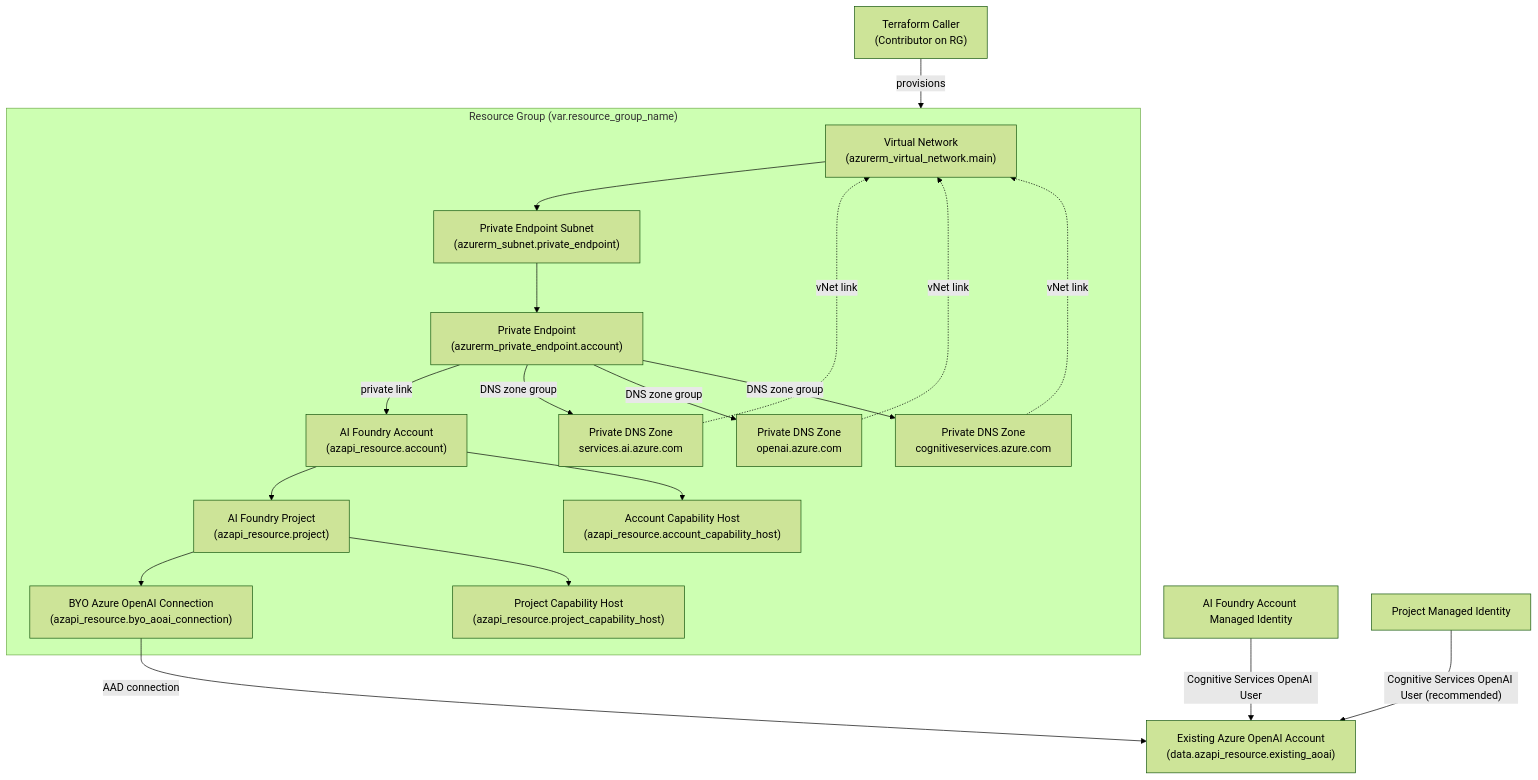
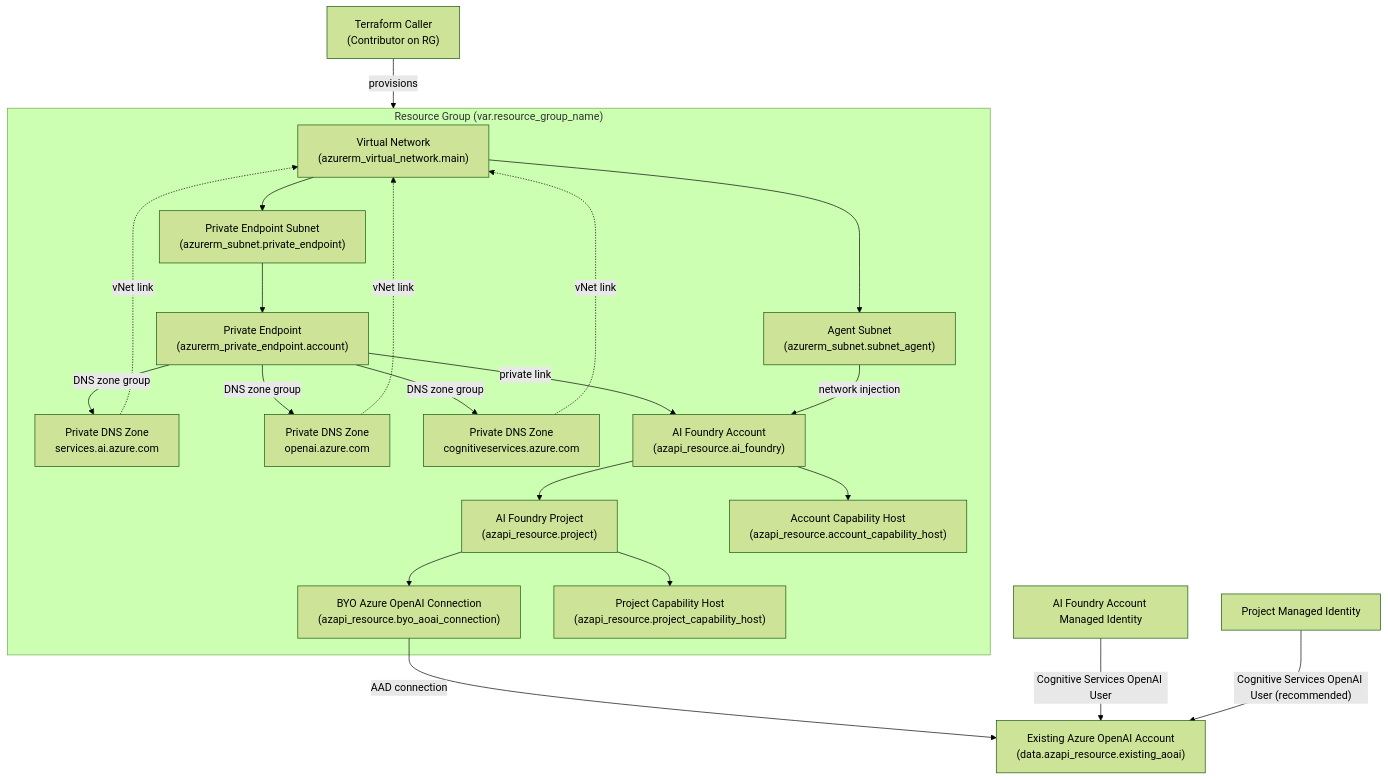
One commit to jakeatmsft/ai-foundry-craftkit changed the diagram in Administration/Deployment_Configs/BYO_AOAI_wPrivate_Networking/terraform/README.md. Above: the diagram before and after it, drawn with Mermaid (forest theme). The commit also changed 26 other files, not shown here.

````diff
--- a/Administration/Deployment_Configs/BYO_AOAI_wPrivate_Networking/terraform/README.md
+++ b/Administration/Deployment_Configs/BYO_AOAI_wPrivate_Networking/terraform/README.md
@@ -43,38 +43,41 @@
 ```mermaid
 graph TD
     TerraformCaller["Terraform Caller\n(Contributor on RG)"]
     ExistingAOAI["Existing Azure OpenAI Account\n(data.azapi_resource.existing_aoai)"]
 
     subgraph RG["Resource Group (var.resource_group_name)"]
         VNet["Virtual Network\n(azurerm_virtual_network.main)"]
         Subnet["Private Endpoint Subnet\n(azurerm_subnet.private_endpoint)"]
+        AgentSubnet["Agent Subnet\n(azurerm_subnet.subnet_agent)"]
         PE["Private Endpoint\n(azurerm_private_endpoint.account)"]
         DNSAIServices["Private DNS Zone\nservices.ai.azure.com"]
         DNSOpenAI["Private DNS Zone\nopenai.azure.com"]
         DNSCog["Private DNS Zone\ncognitiveservices.azure.com"]
-        Account["AI Foundry Account\n(azapi_resource.account)"]
+        Account["AI Foundry Account\n(azapi_resource.ai_foundry)"]
         Project["AI Foundry Project\n(azapi_resource.project)"]
         Connection["BYO Azure OpenAI Connection\n(azapi_resource.byo_aoai_connection)"]
         AccountHost["Account Capability Host\n(azapi_resource.account_capability_host)"]
         ProjectHost["Project Capability Host\n(azapi_resource.project_capability_host)"]
     end
 
     TerraformCaller -->|"provisions"| RG
     VNet --> Subnet
+    VNet --> AgentSubnet
     Subnet --> PE
     PE -->|"private link"| Account
+    AgentSubnet -->|"network injection"| Account
     DNSAIServices -. "vNet link" .-> VNet
     DNSOpenAI -. "vNet link" .-> VNet
     DNSCog -. "vNet link" .-> VNet
     PE -->|"DNS zone group"| DNSAIServices
     PE -->|"DNS zone group"| DNSOpenAI
     PE -->|"DNS zone group"| DNSCog
     Account --> Project
     Project --> Connection
     Account --> AccountHost
     Project --> ProjectHost
     Connection -->|"AAD connection"| ExistingAOAI
 
     AccountMI["AI Foundry Account Managed Identity"] -->|"Cognitive Services OpenAI User"| ExistingAOAI
     ProjectMI["Project Managed Identity"] -->|"Cognitive Services OpenAI User (recommended)"| ExistingAOAI
 ```
````
